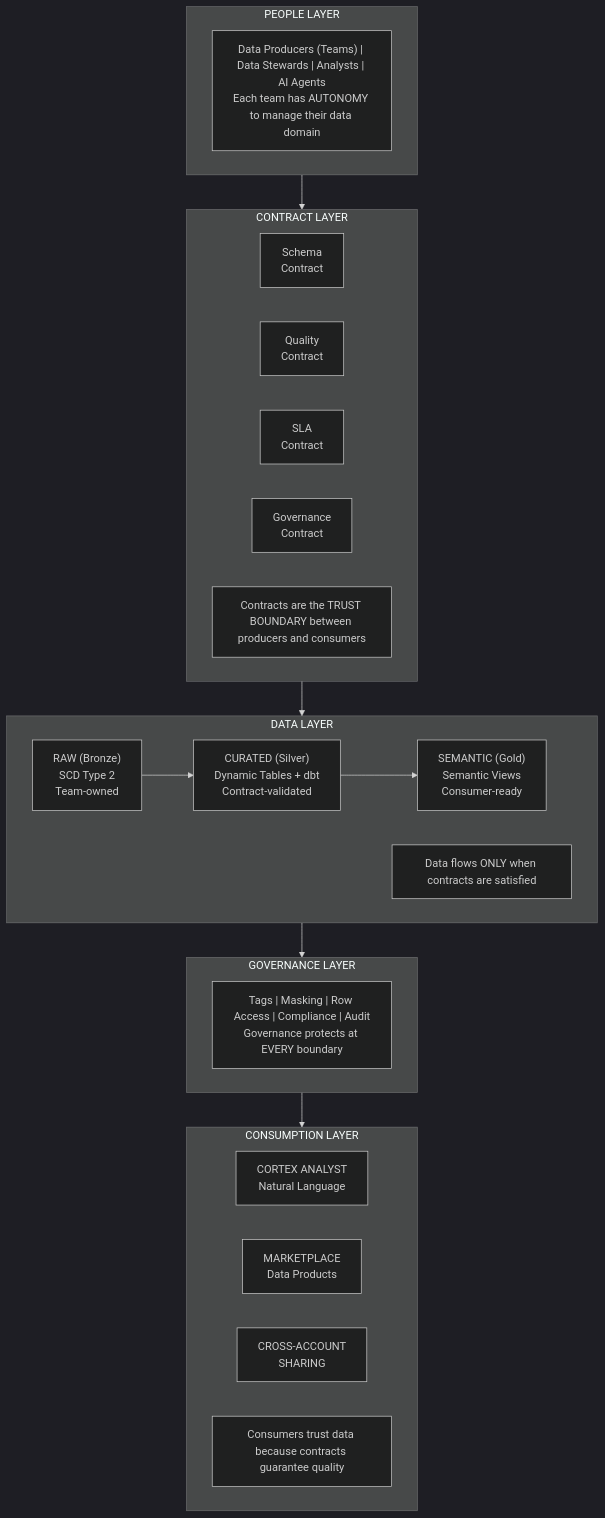
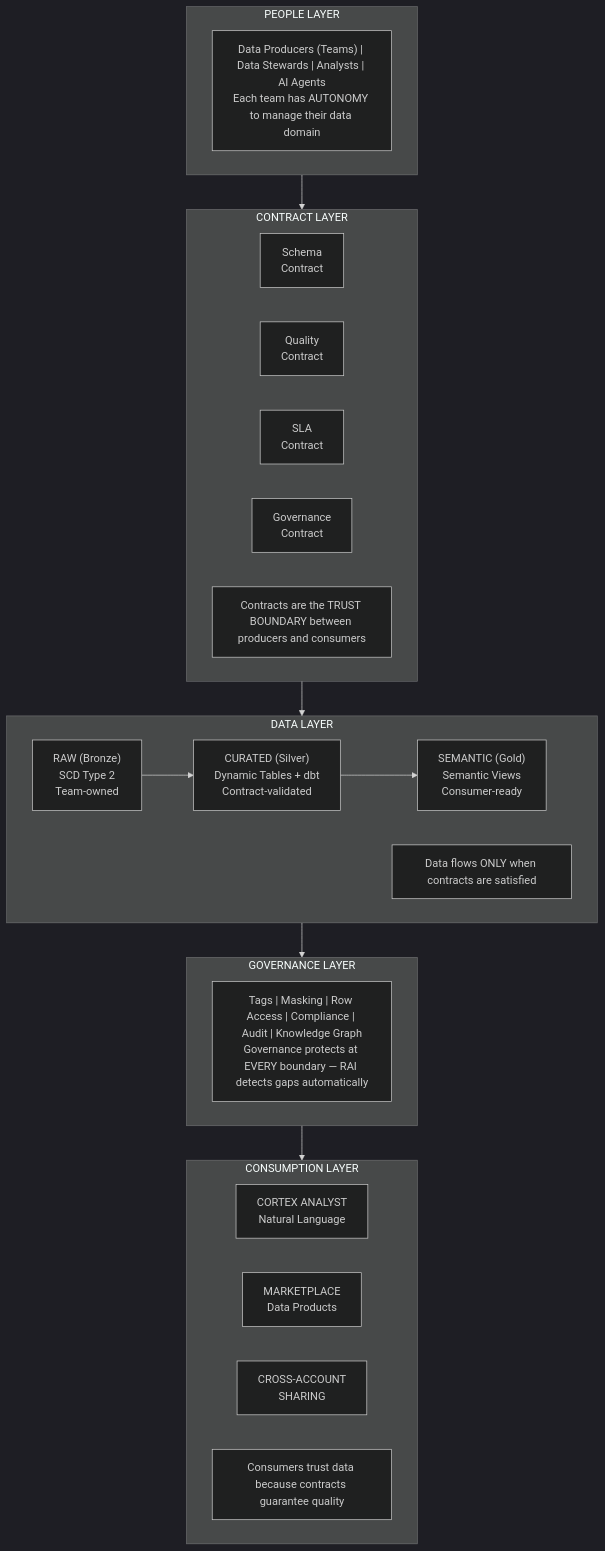
One commit to sfc-gh-smitchener-1/snowflake-dca-fullstack-demo changed the fourth of 8 diagrams in README.md. Above: the diagram before and after it, drawn with Mermaid (dark theme). The commit also changed other lines of this file and 28 other files, not shown here.

````diff
--- a/README.md
+++ b/README.md
@@ -98,30 +99,30 @@
 ```mermaid
 flowchart TB
     subgraph PEOPLE["PEOPLE LAYER"]
         P["Data Producers (Teams) | Data Stewards | Analysts | AI Agents\nEach team has AUTONOMY to manage their data domain"]
     end
     subgraph CONTRACTS["CONTRACT LAYER"]
         C_SCHEMA["Schema\nContract"]
         C_QUALITY["Quality\nContract"]
         C_SLA["SLA\nContract"]
         C_GOV["Governance\nContract"]
         C_NOTE["Contracts are the TRUST BOUNDARY between producers and consumers"]
     end
     subgraph DATALAYER["DATA LAYER"]
         RAW["RAW (Bronze)\nSCD Type 2\nTeam-owned"]
         CURATED["CURATED (Silver)\nDynamic Tables + dbt\nContract-validated"]
         SEMANTIC["SEMANTIC (Gold)\nSemantic Views\nConsumer-ready"]
         RAW --> CURATED --> SEMANTIC
         D_NOTE["Data flows ONLY when contracts are satisfied"]
     end
     subgraph GOVERNANCE["GOVERNANCE LAYER"]
-        G["Tags | Masking | Row Access | Compliance | Audit\nGovernance protects at EVERY boundary"]
+        G["Tags | Masking | Row Access | Compliance | Audit | Knowledge Graph\nGovernance protects at EVERY boundary — RAI detects gaps automatically"]
     end
     subgraph CONSUMPTION["CONSUMPTION LAYER"]
         CORTEX["CORTEX ANALYST\nNatural Language"]
         MARKET["MARKETPLACE\nData Products"]
         SHARING["CROSS-ACCOUNT\nSHARING"]
         CON_NOTE["Consumers trust data because contracts guarantee quality"]
     end
     PEOPLE --> CONTRACTS --> DATALAYER --> GOVERNANCE --> CONSUMPTION
 ```
````
